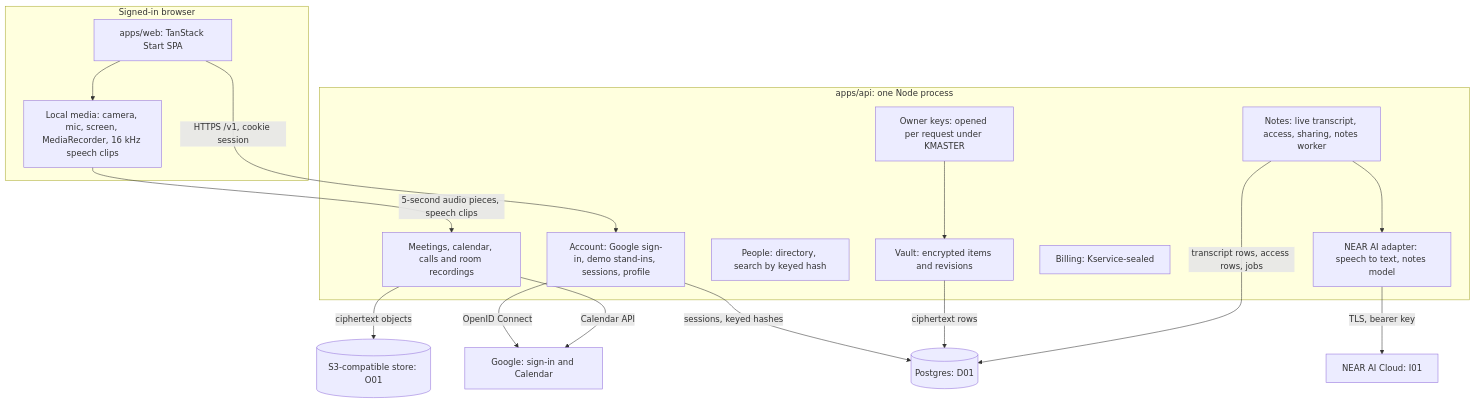
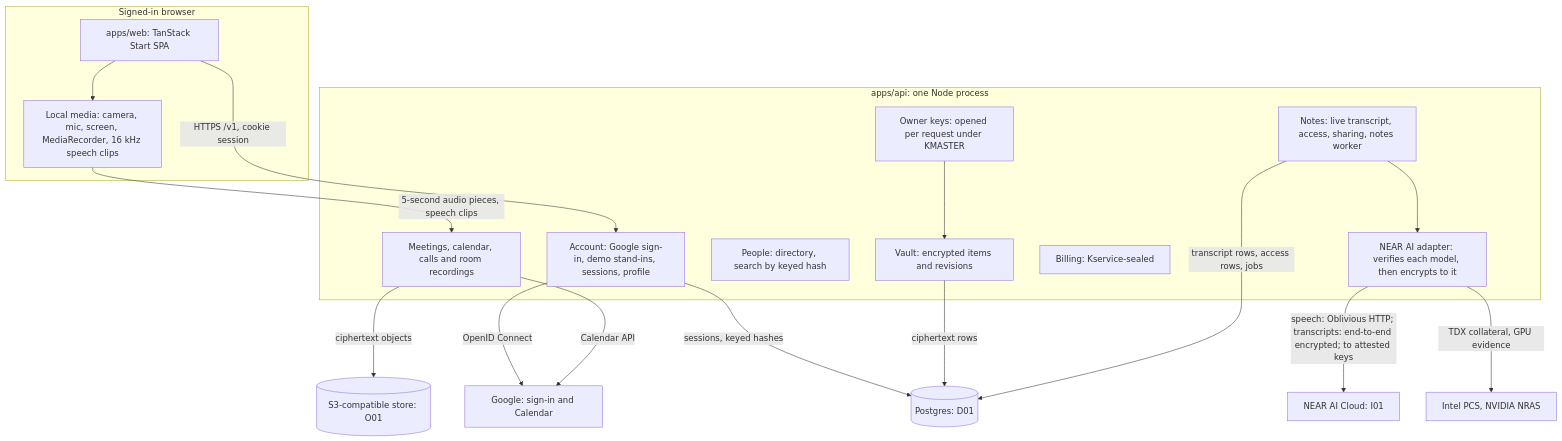
The diagram in docs/engineering/system-architecture.md (thebakedalaskan/alcove-solutions), drawn with Mermaid before and after one commit. The commit also changed other lines of this file and 36 other files, not shown here.

First line of the commit message:
feat: verified private inference with NEAR AI

````diff
--- a/docs/engineering/system-architecture.md
+++ b/docs/engineering/system-architecture.md
@@ -10,29 +10,30 @@
 ```mermaid
 flowchart TB
     subgraph Browser[Signed-in browser]
         UI[apps/web: TanStack Start SPA]
         Media[Local media: camera, mic, screen, MediaRecorder, 16 kHz speech clips]
         UI --> Media
     end
     subgraph API[apps/api: one Node process]
         Account[Account: Google sign-in, demo stand-ins, sessions, profile]
         Keys[Owner keys: opened per request under KMASTER]
         Vault[Vault: encrypted items and revisions]
         People[People: directory, search by keyed hash]
         Calls[Meetings, calendar, calls and room recordings]
         Notes[Notes: live transcript, access, sharing, notes worker]
         Billing[Billing: Kservice-sealed]
-        Inference[NEAR AI adapter: speech to text, notes model]
+        Inference[NEAR AI adapter: verifies each model, then encrypts to it]
     end
     UI -->|HTTPS /v1, cookie session| Account
     Media -->|5-second audio pieces, speech clips| Calls
     Keys --> Vault
     Account -->|sessions, keyed hashes| DB[(Postgres: D01)]
     Vault -->|ciphertext rows| DB
     Notes -->|transcript rows, access rows, jobs| DB
     Calls -->|ciphertext objects| Obj[(S3-compatible store: O01)]
     Notes --> Inference
-    Inference -->|TLS, bearer key| I01[NEAR AI Cloud: I01]
+    Inference -->|speech: Oblivious HTTP; transcripts: end-to-end encrypted; to attested keys| I01[NEAR AI Cloud: I01]
+    Inference -->|TDX collateral, GPU evidence| Verifiers[Intel PCS, NVIDIA NRAS]
     Account -->|OpenID Connect| Google[Google: sign-in and Calendar]
     Calls -->|Calendar API| Google
 ```
````
